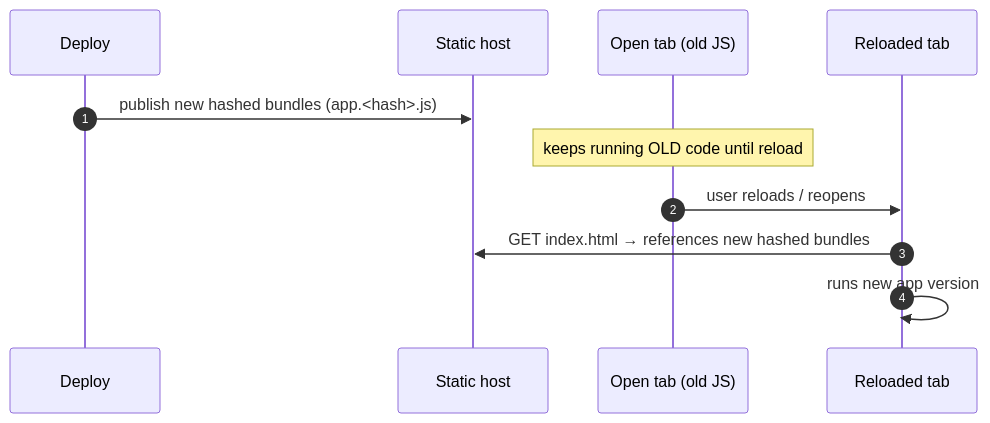
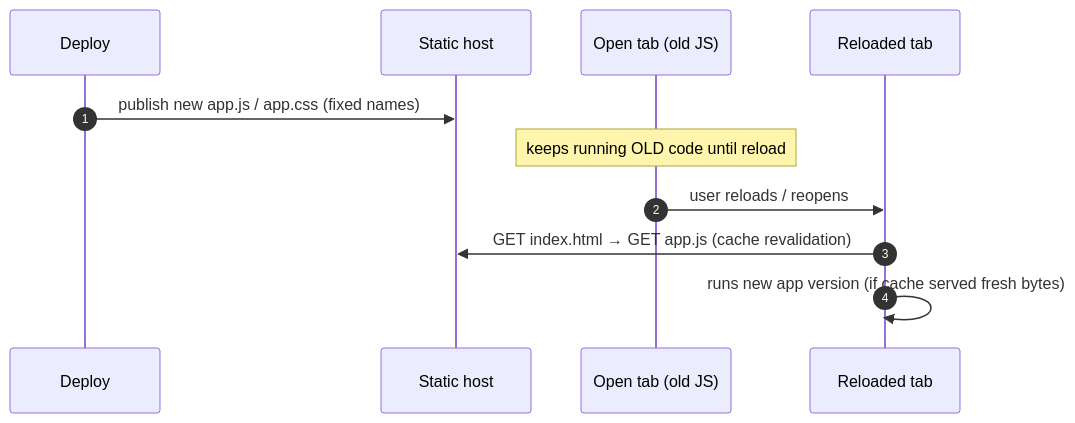
The second of 2 diagrams in docs/architecture/12-pwa-and-service-worker.md (convict-git/standardnotes-app), drawn with Mermaid before and after one commit. The commit also changed other lines of this file and 1 other file, not shown here.

Commit message:
docs(architecture): add build system (14); fix PWA cache-busting claim (12)

````diff
--- a/docs/architecture/12-pwa-and-service-worker.md
+++ b/docs/architecture/12-pwa-and-service-worker.md
@@ -82,13 +82,13 @@
 ```mermaid
 sequenceDiagram
     autonumber
     participant Dev as Deploy
     participant CDN as Static host
     participant Tab as Open tab (old JS)
     participant New as Reloaded tab
-    Dev->>CDN: publish new hashed bundles (app.<hash>.js)
+    Dev->>CDN: publish new app.js / app.css (fixed names)
     Note over Tab: keeps running OLD code until reload
     Tab->>New: user reloads / reopens
-    New->>CDN: GET index.html → references new hashed bundles
-    New->>New: runs new app version
+    New->>CDN: GET index.html → GET app.js (cache revalidation)
+    New->>New: runs new app version (if cache served fresh bytes)
 ```
````
